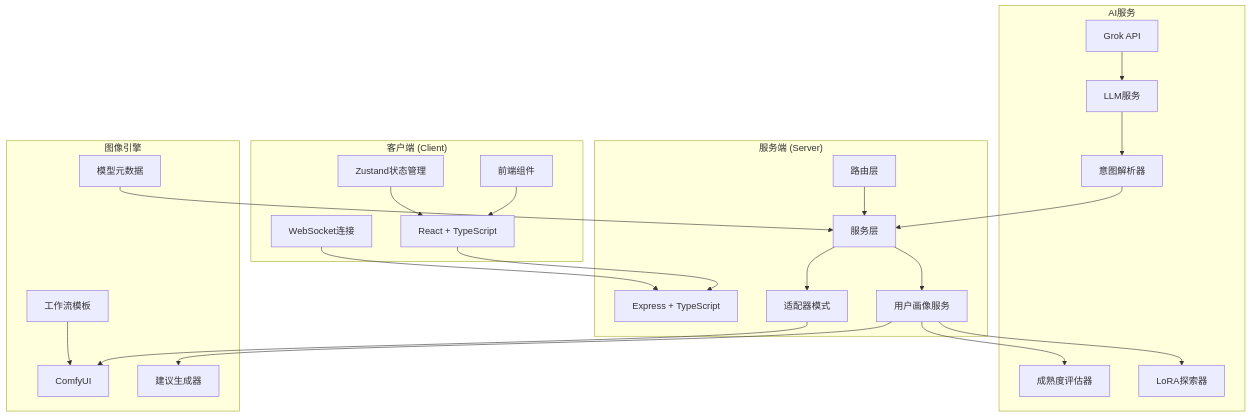
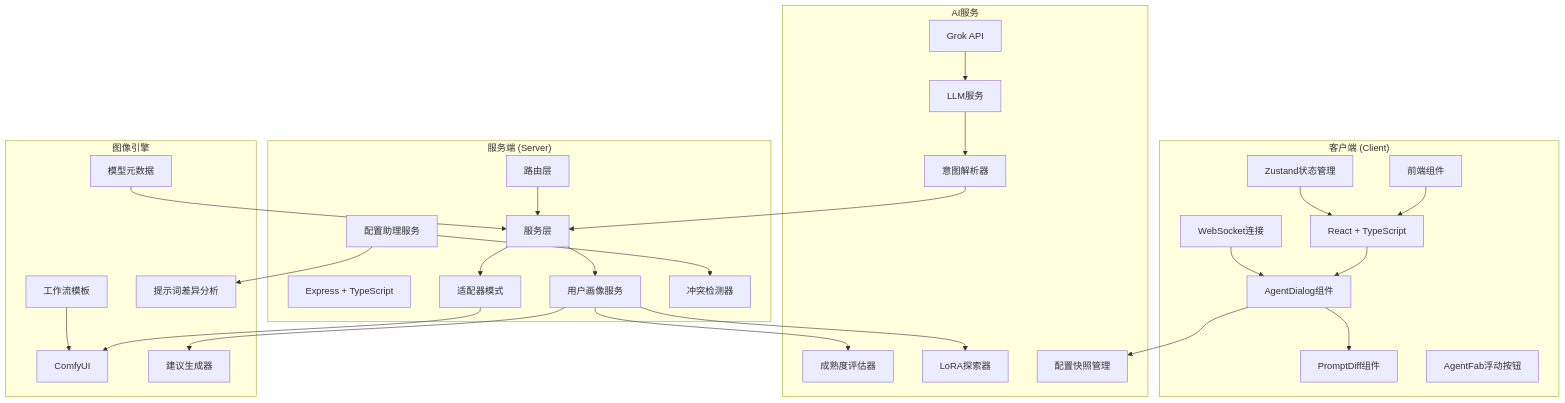
One commit to billye220670/CorineKit_Pix2Real changed the first of 23 diagrams in .qoder/repowiki/zh/content/前端应用/AI智能代理系统/AI智能代理系统.md. Above: the diagram before and after it, drawn with Mermaid. The commit also changed other lines of this file and 11 other files, not shown here.

````diff
--- a/.qoder/repowiki/zh/content/前端应用/AI智能代理系统/AI智能代理系统.md
+++ b/.qoder/repowiki/zh/content/前端应用/AI智能代理系统/AI智能代理系统.md
@@ -64,45 +76,56 @@
 ```mermaid
 graph TB
 subgraph "客户端 (Client)"
 A[React + TypeScript]
 B[前端组件]
 C[Zustand状态管理]
 D[WebSocket连接]
+E[AgentDialog组件]
+F[PromptDiff组件]
+G[AgentFab浮动按钮]
 end
 subgraph "服务端 (Server)"
-E[Express + TypeScript]
-F[路由层]
-G[服务层]
-H[适配器模式]
-I[用户画像服务]
+H[Express + TypeScript]
+I[路由层]
+J[服务层]
+K[适配器模式]
+L[用户画像服务]
+M[配置助理服务]
+N[冲突检测器]
 end
 subgraph "AI服务"
-J[Grok API]
-K[LLM服务]
-L[意图解析器]
-M[成熟度评估器]
-N[LoRA探索器]
+O[Grok API]
+P[LLM服务]
+Q[意图解析器]
+R[成熟度评估器]
+S[LoRA探索器]
+T[配置快照管理]
 end
 subgraph "图像引擎"
-O[ComfyUI]
-P[工作流模板]
-Q[模型元数据]
-R[建议生成器]
+U[ComfyUI]
+V[工作流模板]
+W[模型元数据]
+X[建议生成器]
+Y[提示词差异分析]
 end
 A --> E
 B --> A
 C --> A
 D --> E
-F --> G
-G --> H
-G --> I
-H --> O
-I --> M
-I --> N
-I --> R
+I --> J
 J --> K
-K --> L
-L --> G
-Q --> G
-P --> O
+J --> L
+K --> U
+L --> R
+L --> S
+L --> X
+O --> P
+P --> Q
+Q --> J
+W --> J
+V --> U
+E --> F
+E --> T
+M --> N
+M --> Y
 ```
````
